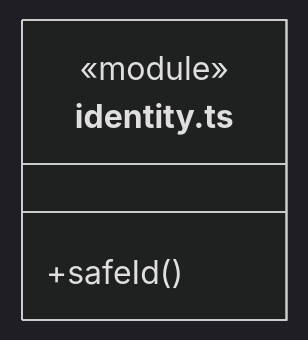
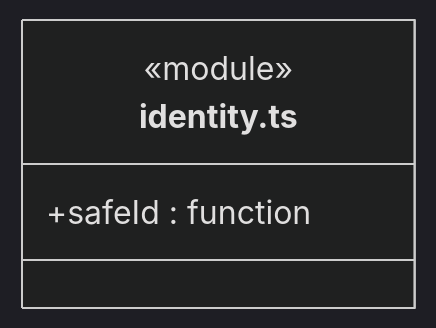
The diagram in src/logic/execution/ports/ARCHITECTURE.md (nan023062/cbim), drawn with Mermaid (dark theme) before and after one commit. The commit also changed other lines of this file and 137 other files, not shown here.

Commit message:
fix: align architecture generator with documentation standards

````diff
--- a/src/logic/execution/ports/ARCHITECTURE.md
+++ b/src/logic/execution/ports/ARCHITECTURE.md
@@ -46,7 +48,7 @@
 ```mermaid
 classDiagram
 class N_src_logic_execution_ports_identity_ts["identity.ts"] {
   <<module>>
-  +safeId()
+  +safeId : function
 }
 ```
````
